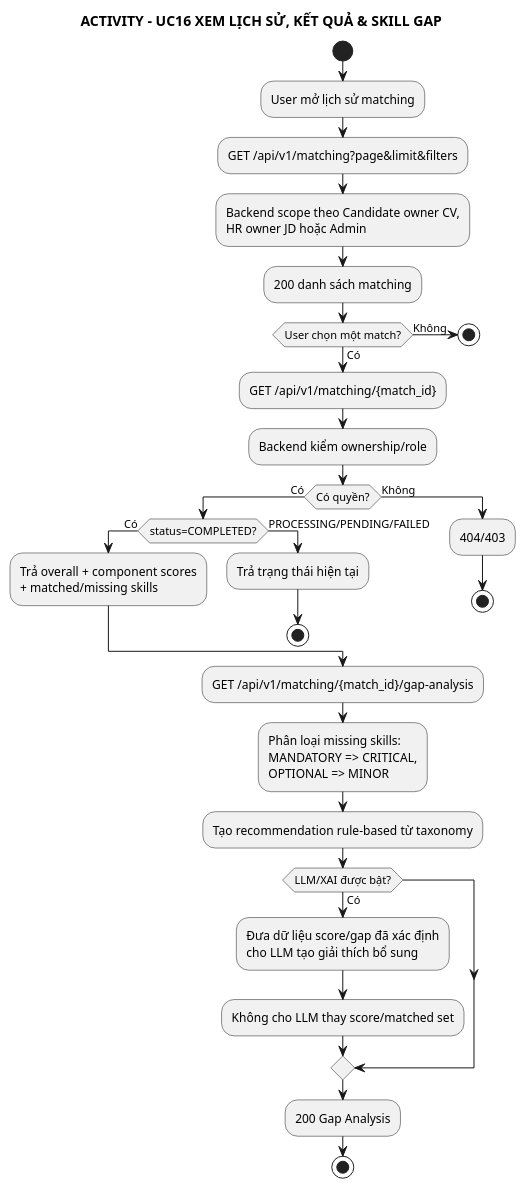
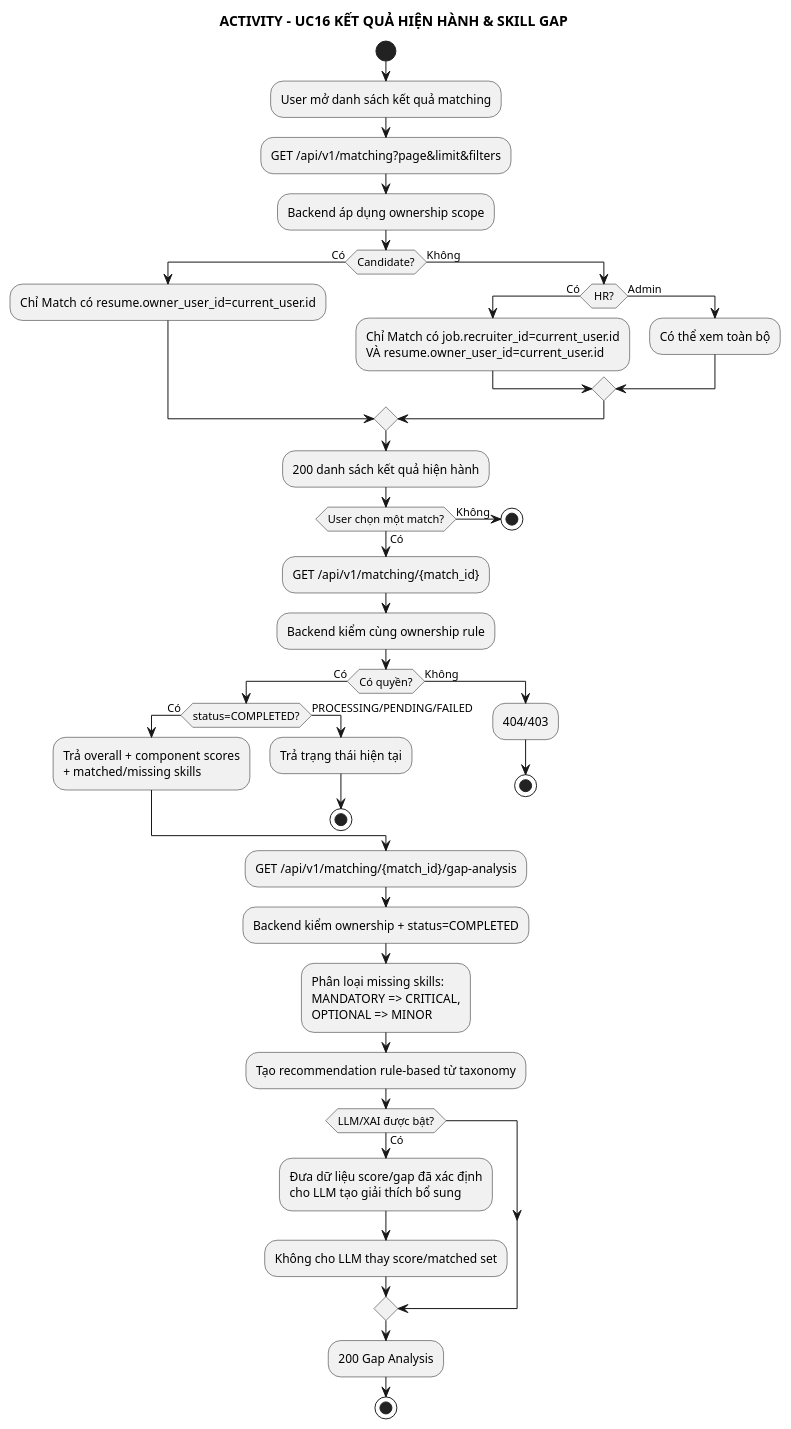
The diagram in docs/03_activity/act_uc16_gap_analysis.puml (anh632k-ui/WebCVUngVienTuyenDung), drawn with PlantUML before and after one commit.

Commit message:
fix(pttk): align current-result activity with strict HR privacy

```diff
--- a/docs/03_activity/act_uc16_gap_analysis.puml
+++ b/docs/03_activity/act_uc16_gap_analysis.puml
@@ -1,45 +1,55 @@
 @startuml
 skinparam monochrome true
 skinparam shadowing false
 
-title ACTIVITY - UC16 XEM LỊCH SỬ, KẾT QUẢ & SKILL GAP
+title ACTIVITY - UC16 KẾT QUẢ HIỆN HÀNH & SKILL GAP
 
 start
-:User mở lịch sử matching;
+:User mở danh sách kết quả matching;
 :GET /api/v1/matching?page&limit&filters;
-:Backend scope theo Candidate owner CV,
-HR owner JD hoặc Admin;
-:200 danh sách matching;
+:Backend áp dụng ownership scope;
+if (Candidate?) then (Có)
+  :Chỉ Match có resume.owner_user_id=current_user.id;
+else (Không)
+  if (HR?) then (Có)
+    :Chỉ Match có job.recruiter_id=current_user.id
+    VÀ resume.owner_user_id=current_user.id;
+  else (Admin)
+    :Có thể xem toàn bộ;
+  endif
+endif
+:200 danh sách kết quả hiện hành;
 
 if (User chọn một match?) then (Có)
   :GET /api/v1/matching/{match_id};
-  :Backend kiểm ownership/role;
+  :Backend kiểm cùng ownership rule;
   if (Có quyền?) then (Có)
     if (status=COMPLETED?) then (Có)
       :Trả overall + component scores
       + matched/missing skills;
     else (PROCESSING/PENDING/FAILED)
       :Trả trạng thái hiện tại;
       stop
     endif
   else (Không)
     :404/403;
     stop
   endif
 else (Không)
   stop
 endif
 
 :GET /api/v1/matching/{match_id}/gap-analysis;
+:Backend kiểm ownership + status=COMPLETED;
 :Phân loại missing skills:
 MANDATORY => CRITICAL,
 OPTIONAL => MINOR;
 :Tạo recommendation rule-based từ taxonomy;
 if (LLM/XAI được bật?) then (Có)
   :Đưa dữ liệu score/gap đã xác định
 cho LLM tạo giải thích bổ sung;
   :Không cho LLM thay score/matched set;
 endif
 :200 Gap Analysis;
 stop
 @enduml
```
